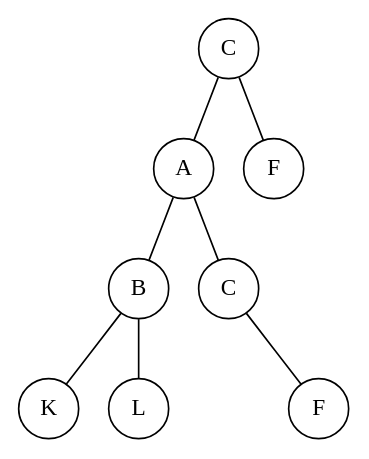
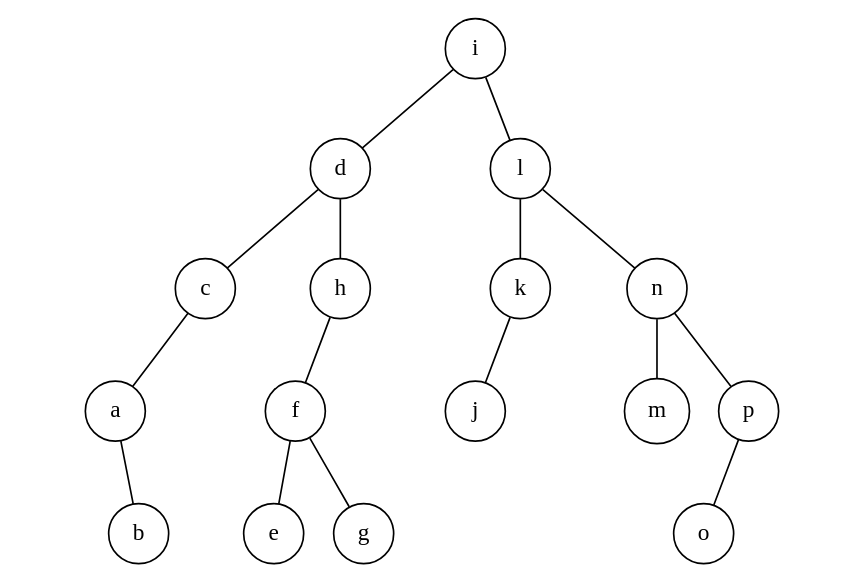
Before and after one commit to Time-Coder/Data_Structure: the diagram in BinTree/Figures/bintree.dot, drawn with Graphviz. The commit also changed 6 other files, not shown here.

```diff
--- a/BinTree/Figures/bintree.dot
+++ b/BinTree/Figures/bintree.dot
@@ -1,23 +1,47 @@
 graph BinTree
 {
 	graph[ordering="out"];
 
 	0--1;
 	0--2;
-	1--3;
-	1--4;
-	4--NULL5[style="invis"];
+	2--3;
+	2--4;
+	4--5;
 	4--6;
-	3--7;
-	3--8;
+	6--7;
+	6--NULL8[style="invis"];
+	3--9;
+	3--NULL10[style="invis"];
+	1--11;
+	1--12;
+	12--13;
+	12--NULL14[style="invis"];
+	13--15;
+	13--16;
+	11--17;
+	11--NULL18[style="invis"];
+	17--NULL19[style="invis"];
+	17--20;
 
-	8[shape="circle",label="L"];
-	7[shape="circle",label="K"];
-	6[shape="circle",label="F"];
-	NULL5[shape="circle",label=A,style="invis"];
-	4[shape="circle",label="C"];
-	3[shape="circle",label="B"];
-	2[shape="circle",label="F"];
-	1[shape="circle",label="A"];
-	0[shape="circle",label="C"];
+	20[shape="circle",label="b"];
+	NULL19[shape="circle",label=A,style="invis"];
+	NULL18[shape="circle",label=A,style="invis"];
+	17[shape="circle",label="a"];
+	16[shape="circle",label="g"];
+	15[shape="circle",label="e"];
+	NULL14[shape="circle",label=A,style="invis"];
+	13[shape="circle",label="f"];
+	12[shape="circle",label="h"];
+	11[shape="circle",label="c"];
+	NULL10[shape="circle",label=A,style="invis"];
+	9[shape="circle",label="j"];
+	NULL8[shape="circle",label=A,style="invis"];
+	7[shape="circle",label="o"];
+	6[shape="circle",label="p"];
+	5[shape="circle",label="m"];
+	4[shape="circle",label="n"];
+	3[shape="circle",label="k"];
+	2[shape="circle",label="l"];
+	1[shape="circle",label="d"];
+	0[shape="circle",label="i"];
 }
```
